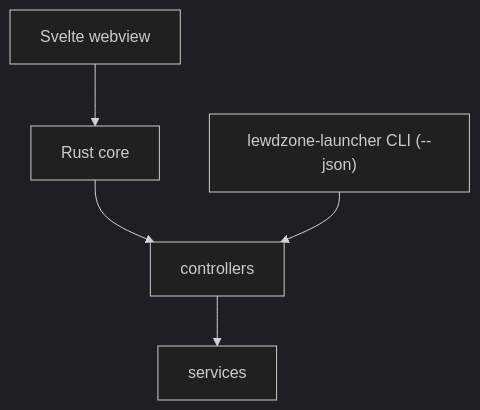
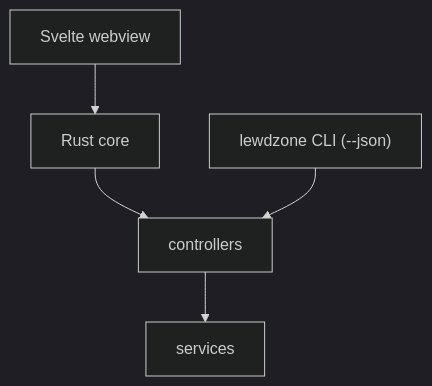
One commit to HELIX-Origin/LewdZone-Launcher changed the diagram in wiki/Architecture.md. Above: the diagram before and after it, drawn with Mermaid (dark theme). The commit also changed other lines of this file and 38 other files, not shown here.

````diff
--- a/wiki/Architecture.md
+++ b/wiki/Architecture.md
@@ -46,12 +46,12 @@
 ```mermaid
 flowchart TD
     WV["Svelte webview"]
     RN["Rust core"]
-    CLI["lewdzone-launcher CLI (--json)"]
+    CLI["lewdzone CLI (--json)"]
     CT["controllers"]
     SV["services"]
     WV --> RN
     RN --> CT
     CLI --> CT
     CT --> SV
 ```
````
